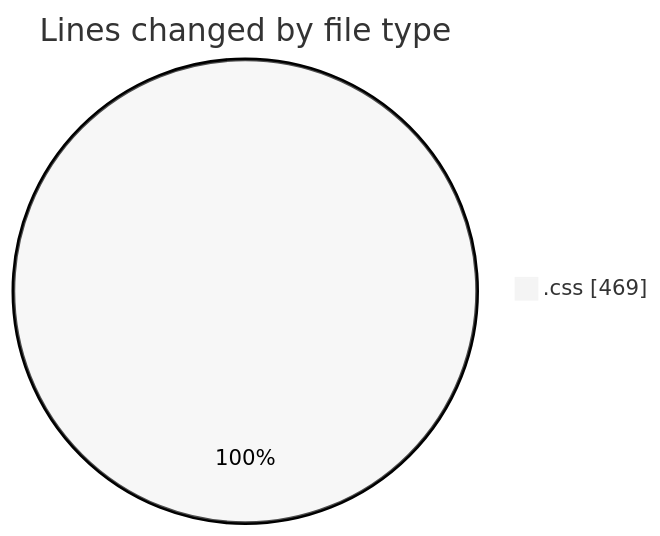
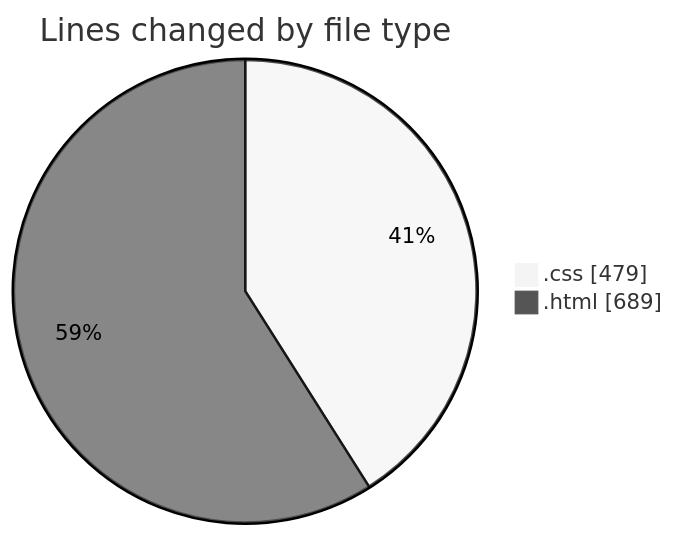
The first of 2 diagrams in 2025-12-30/budget_front_nest/README.md (igalym/code-tracking), drawn with Mermaid (neutral theme) before and after one commit. The commit also changed other lines of this file and 1 other file, not shown here.

````diff
--- a/2025-12-30/budget_front_nest/README.md
+++ b/2025-12-30/budget_front_nest/README.md
@@ -20,5 +24,6 @@
 ```mermaid
 pie showData
 title Lines changed by file type
-".css" : 469
+".css" : 479
+".html" : 689
 ```
````
